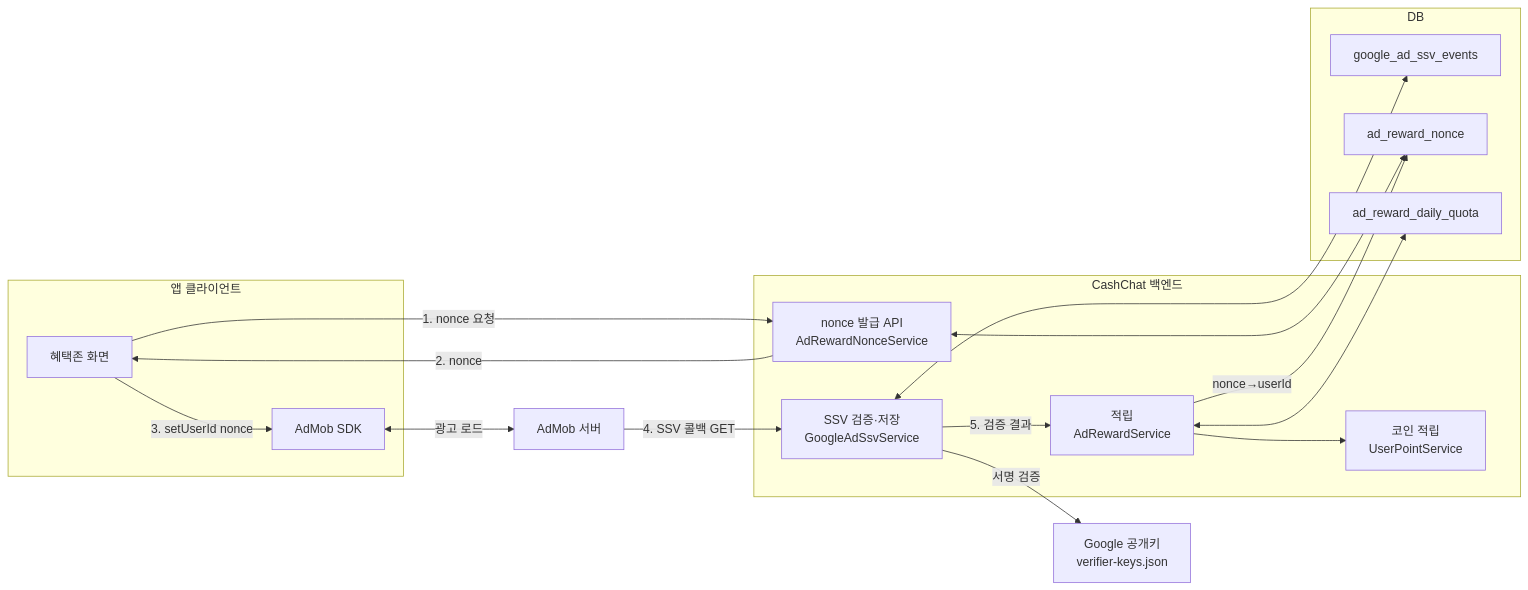
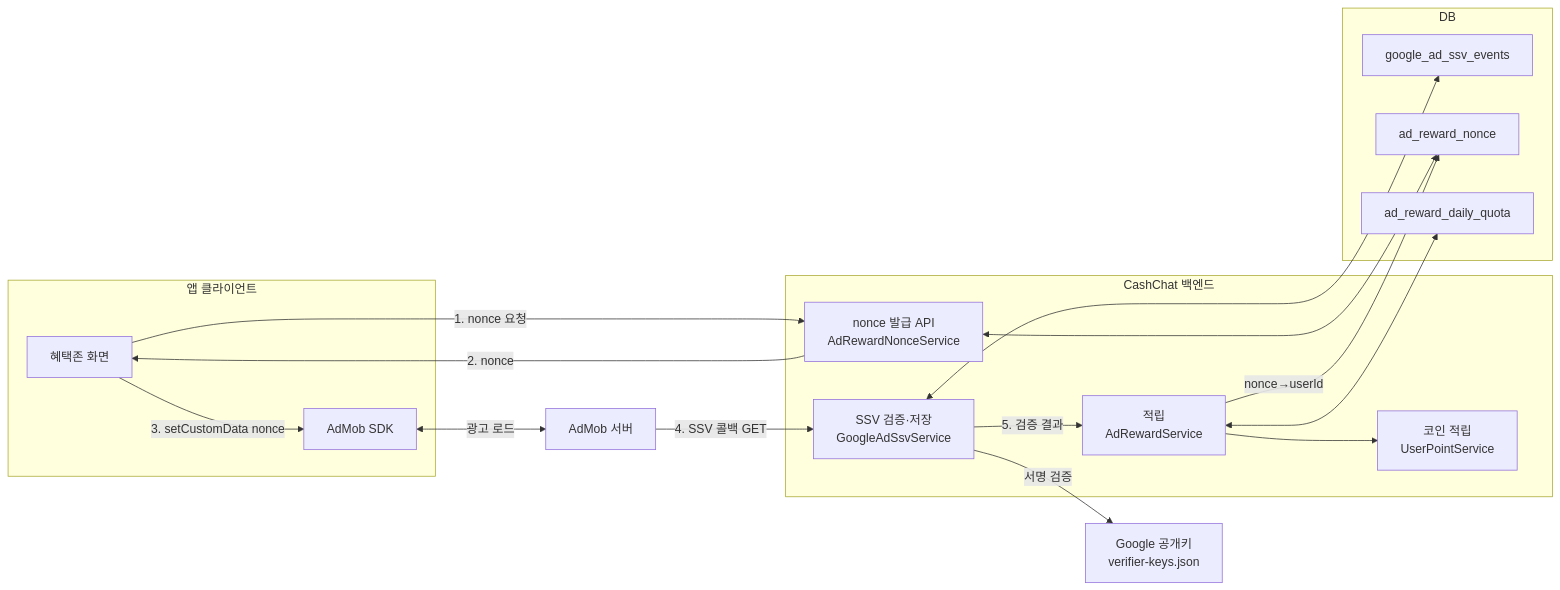
Before and after one commit to cash-chat-mvp/cash-chat-mvp: the first of 2 diagrams in docs/features/google-ad-ssv/architecture.md, drawn with Mermaid. The commit also changed other lines of this file and 3 other files, not shown here.

First line of the commit message:
docs(ad): cc-368 ssv nonce 전송 경로를 custom_data 로 정정

````diff
--- a/docs/features/google-ad-ssv/architecture.md
+++ b/docs/features/google-ad-ssv/architecture.md
@@ -38,36 +36,36 @@
 ```mermaid
 flowchart LR
     subgraph Client["앱 클라이언트"]
         FE["혜택존 화면"]
         SDK["AdMob SDK"]
     end
 
     subgraph Backend["CashChat 백엔드"]
         NonceApi["nonce 발급 API<br/>AdRewardNonceService"]
         Ssv["SSV 검증·저장<br/>GoogleAdSsvService"]
         Grant["적립<br/>AdRewardService"]
         Point["코인 적립<br/>UserPointService"]
     end
 
     subgraph DB["DB"]
         Events["google_ad_ssv_events"]
         Nonce["ad_reward_nonce"]
         Quota["ad_reward_daily_quota"]
     end
 
     GKeys["Google 공개키<br/>verifier-keys.json"]
     AdMob["AdMob 서버"]
 
     FE -->|1. nonce 요청| NonceApi
     NonceApi <--> Nonce
     NonceApi -->|2. nonce| FE
-    FE -->|3. setUserId nonce| SDK
+    FE -->|3. setCustomData nonce| SDK
     SDK <-->|광고 로드| AdMob
     AdMob -->|4. SSV 콜백 GET| Ssv
     Ssv -->|서명 검증| GKeys
     Ssv <--> Events
     Ssv -->|5. 검증 결과| Grant
     Grant -->|nonce→userId| Nonce
     Grant <--> Quota
     Grant --> Point
 ```
````
